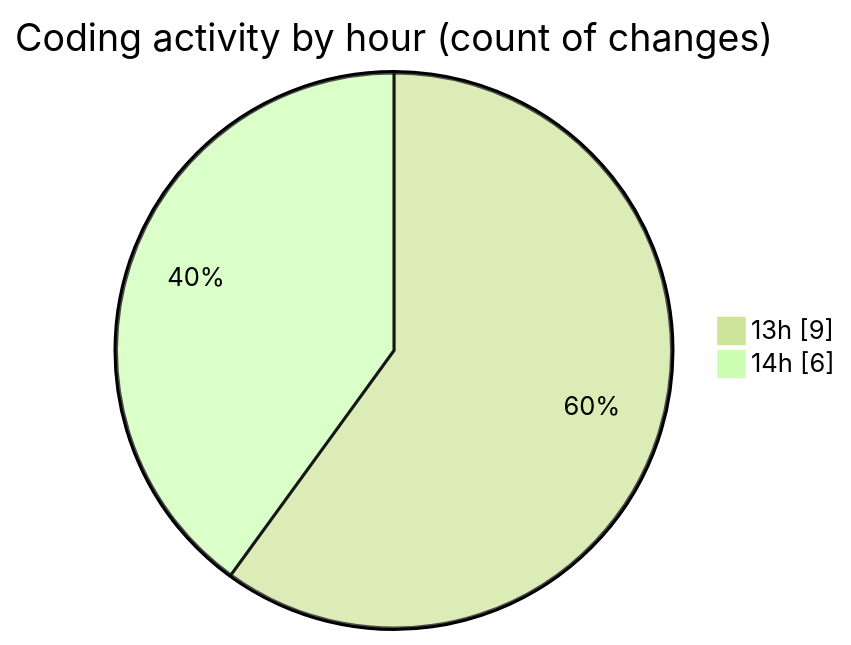
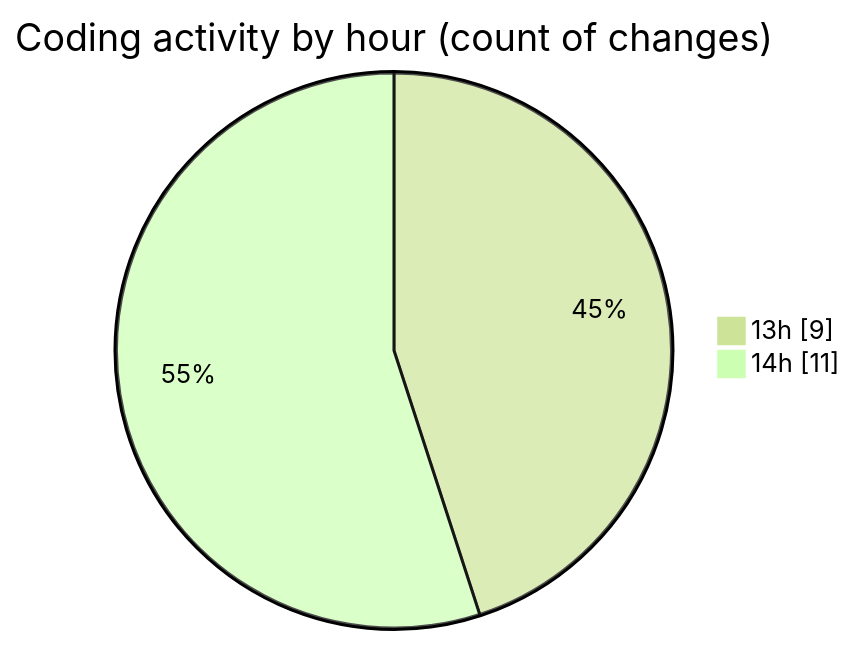
The second of 2 diagrams in 2025-03-08/computer_202/README.md (NitaiMahat/code-tracking), drawn with Mermaid (forest theme) before and after one commit. The commit also changed other lines of this file and 1 other file, not shown here.

````diff
--- a/2025-03-08/computer_202/README.md
+++ b/2025-03-08/computer_202/README.md
@@ -31,6 +33,6 @@
 ```mermaid
 pie showData
 title Coding activity by hour (count of changes)
 "13h" : 9
-"14h" : 6
+"14h" : 11
 ```
````
